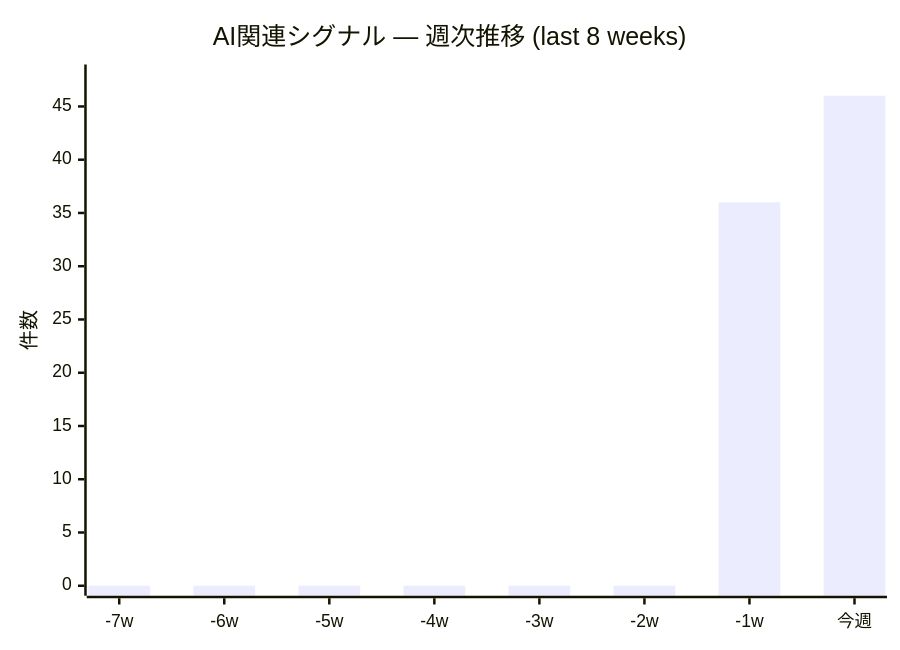
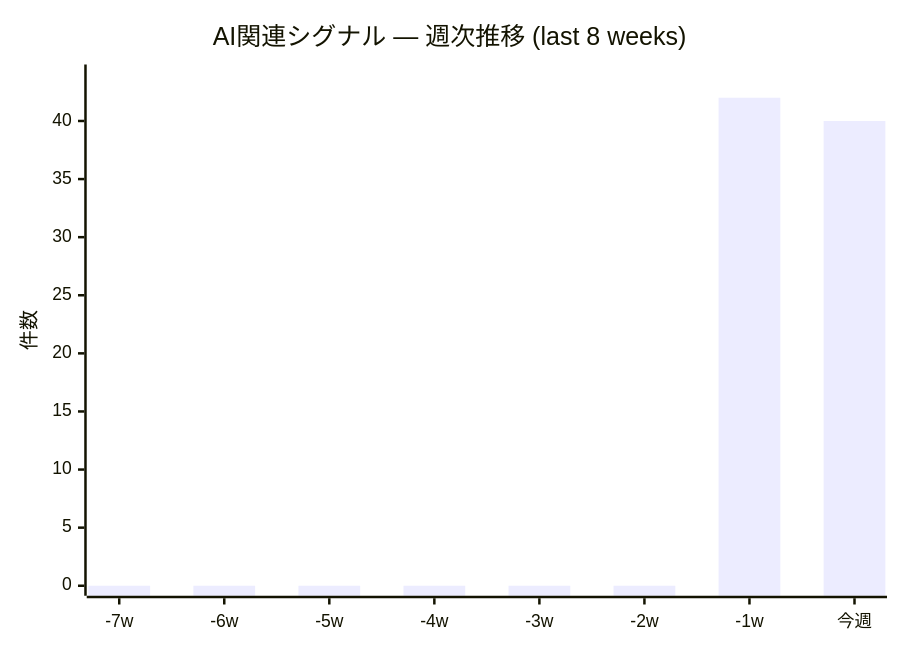
One commit to k3ijo-miyamoto/ai-threats changed the second of 5 diagrams in docs/dashboard.md. Above: the diagram before and after it, drawn with Mermaid. The commit also changed other lines of this file, not shown here.

Commit message:
Refresh dashboard with 2026-05-25 data
Collected 396 → 402 (+6 items, all Other Security; Triage scope unchanged
at 82). Weekly trend bars re-bucketed as the 7-day window slid forward.

````diff
--- a/docs/dashboard.md
+++ b/docs/dashboard.md
@@ -36,7 +36,7 @@
 ```mermaid
 xychart-beta
     title "AI関連シグナル — 週次推移 (last 8 weeks)"
     x-axis ["-7w", "-6w", "-5w", "-4w", "-3w", "-2w", "-1w", "今週"]
-    y-axis "件数" 0 --> 48
-    bar [0, 0, 0, 0, 0, 0, 36, 46]
+    y-axis "件数" 0 --> 44
+    bar [0, 0, 0, 0, 0, 0, 42, 40]
 ```
````
